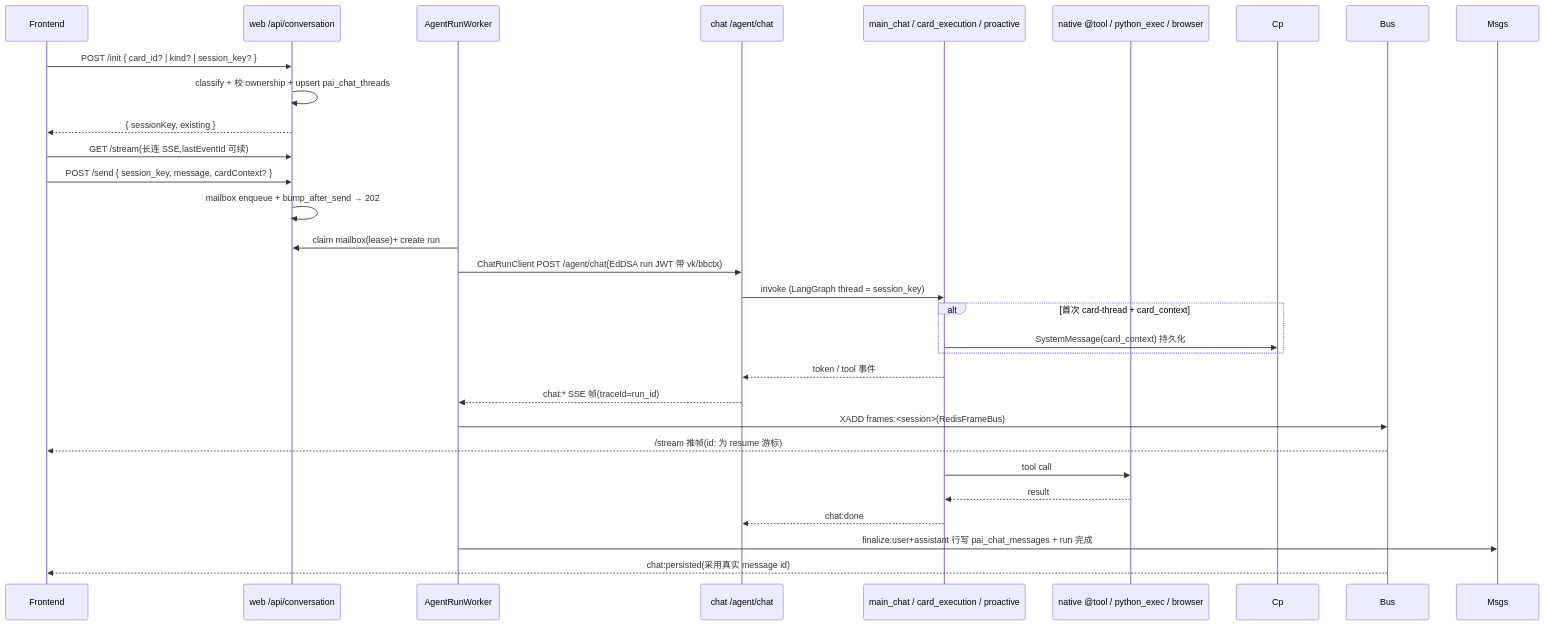
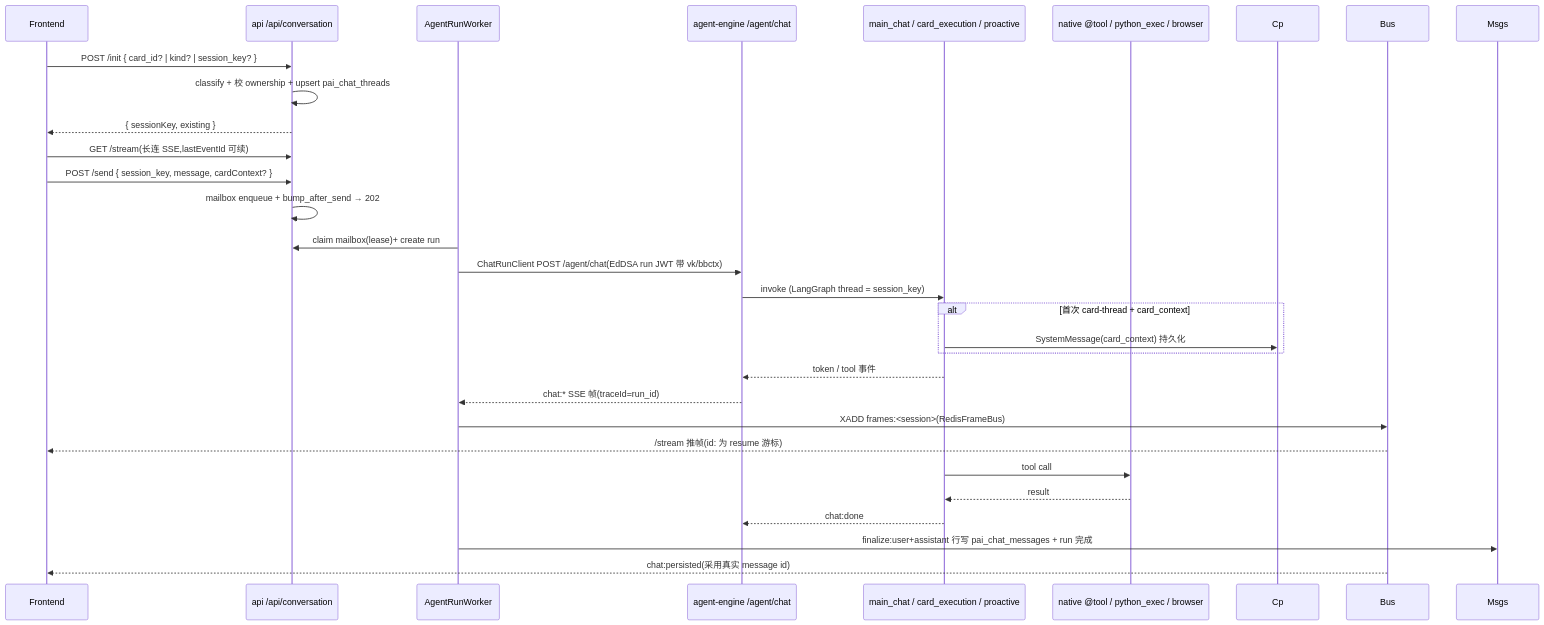
The second of 2 diagrams in docs/modules/execution.mdx (Edge-AI-HQ/proactive-assistant), drawn with Mermaid before and after one commit. The commit also changed other lines of this file and 69 other files, not shown here.

````diff
--- a/docs/modules/execution.mdx
+++ b/docs/modules/execution.mdx
@@ -78,31 +78,31 @@
 ```mermaid
 sequenceDiagram
   participant FE as Frontend
-  participant Web as web /api/conversation
+  participant Web as api /api/conversation
   participant Worker as AgentRunWorker
-  participant Chat as chat /agent/chat
+  participant Chat as agent-engine /agent/chat
   participant Agent as main_chat / card_execution / proactive
   participant Tool as native @tool / python_exec / browser
 
   FE->>Web: POST /init { card_id? | kind? | session_key? }
   Web->>Web: classify + 校 ownership + upsert pai_chat_threads
   Web-->>FE: { sessionKey, existing }
   FE->>Web: GET /stream(长连 SSE,lastEventId 可续)
   FE->>Web: POST /send { session_key, message, cardContext? }
   Web->>Web: mailbox enqueue + bump_after_send → 202
   Worker->>Web: claim mailbox(lease)+ create run
   Worker->>Chat: ChatRunClient POST /agent/chat(EdDSA run JWT 带 vk/bbctx)
   Chat->>Agent: invoke (LangGraph thread = session_key)
   alt 首次 card-thread + card_context
     Agent->>Cp: SystemMessage(card_context) 持久化
   end
   Agent-->>Chat: token / tool 事件
   Chat-->>Worker: chat:* SSE 帧(traceId=run_id)
   Worker->>Bus: XADD frames:<session>(RedisFrameBus)
   Bus-->>FE: /stream 推帧(id: 为 resume 游标)
   Agent->>Tool: tool call
   Tool-->>Agent: result
   Agent-->>Chat: chat:done
   Worker->>Msgs: finalize:user+assistant 行写 pai_chat_messages + run 完成
   Bus-->>FE: chat:persisted(采用真实 message id)
 ```
````
